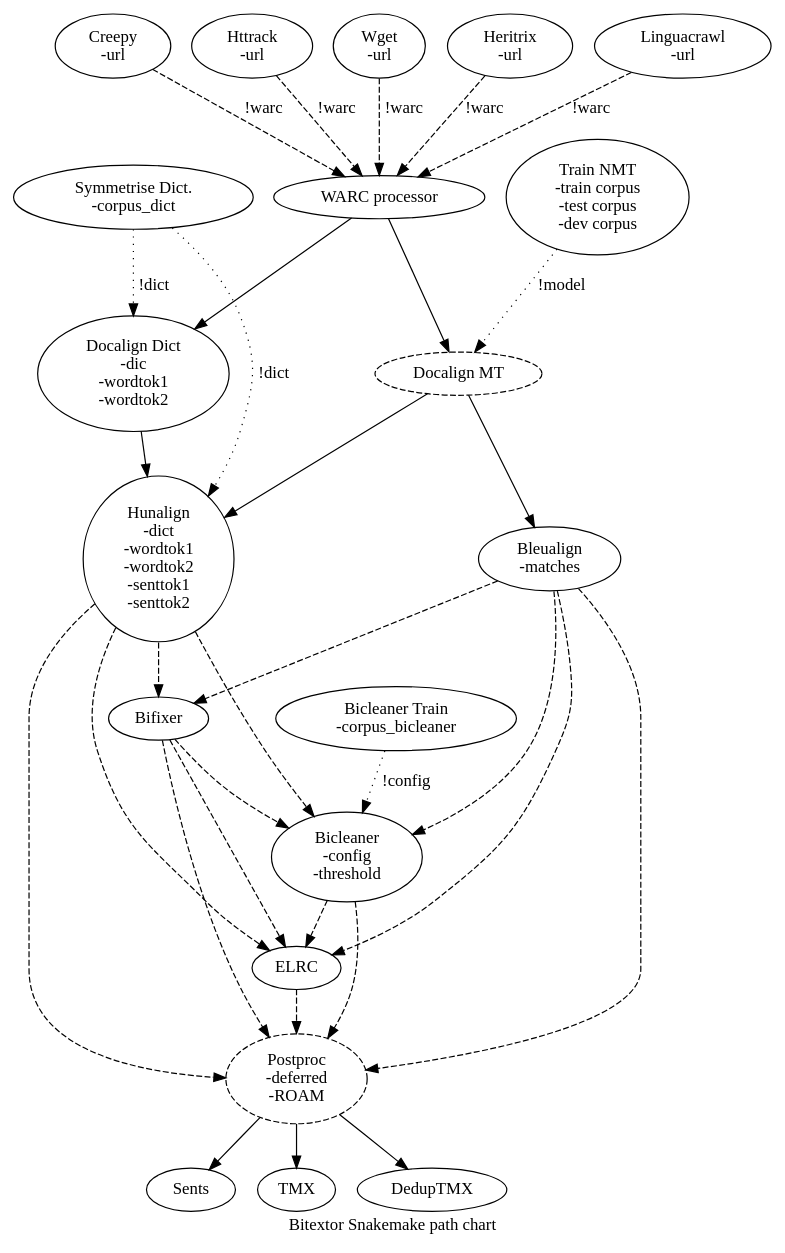
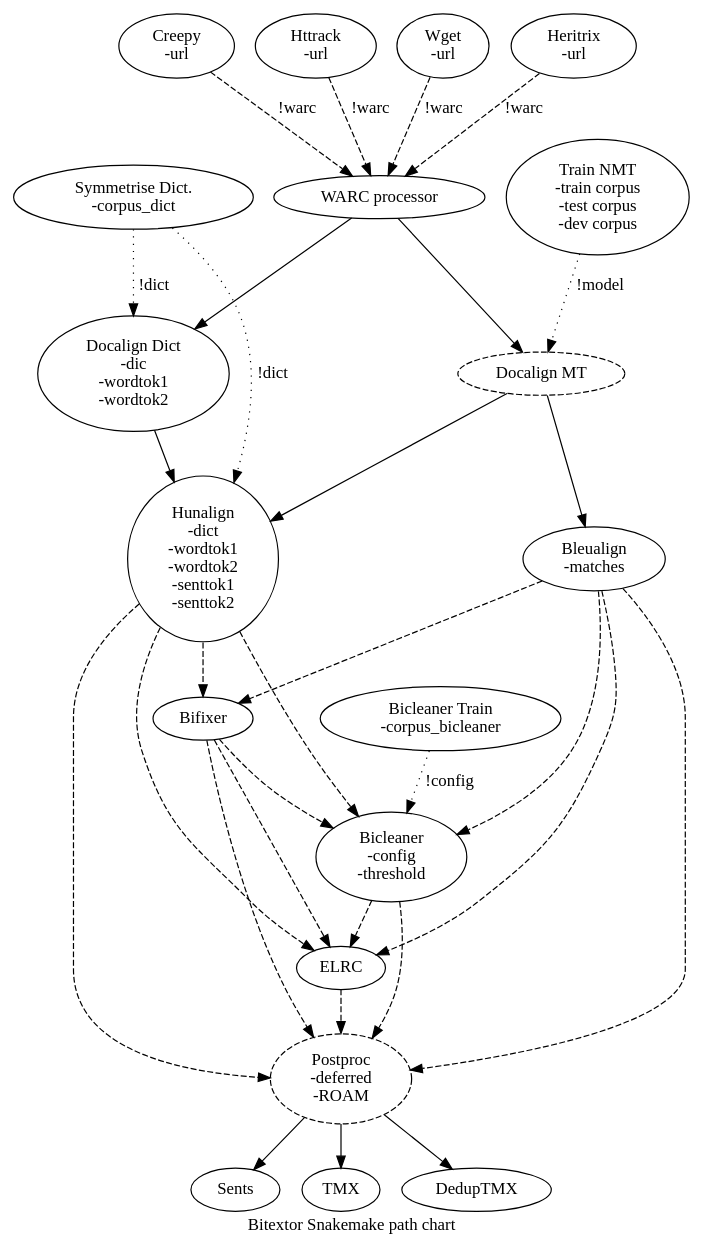
The diagram in docs/img/bitextor-graph.dot (bitextor/bitextor), drawn with Graphviz before and after one commit. The commit also changed 2 other files, not shown here.

Commit message:
Removed references to Linguacrawl in docs

```diff
--- a/docs/img/bitextor-graph.dot
+++ b/docs/img/bitextor-graph.dot
@@ -1,41 +1,40 @@
 digraph Snakemake {
   label="Bitextor Snakemake path chart"
 
   #Nodes
   Creepy [label="Creepy\n-url"]
   Httrack [label="Httrack\n-url"]
   Wget [label="Wget\n-url"]
   Heritrix [label="Heritrix\n-url"]
-  Linguacrawl [label="Linguacrawl\n-url"]
   WARCProcess [label="WARC processor"]
   DocalignDict [label="Docalign Dict\n-dic\n-wordtok1\n-wordtok2"]
   DocalignMT [label="Docalign Custom MT\n-doc_threshold\n-mt_command\n-wordtok1"]
   TrainMT [label="Train NMT\n-train corpus\n-test corpus\n-dev corpus"]
   SymmetriseDic [label="Symmetrise Dict.\n-corpus_dict"]
   DocalignMT [label="Docalign MT", style=dashed]
   Hunalign [label="Hunalign\n-dict\n-wordtok1\n-wordtok2\n-senttok1\n-senttok2"]
   Bleualign [label="Bleualign\n-matches"]
   Bicleaner [label="Bicleaner\n-config\n-threshold"]
   BicleanerTrain [label="Bicleaner Train\n-corpus_bicleaner"]
   ELRC
   Postproc [label="Postproc\n-deferred\n-ROAM", style=dashed]
   Bifixer [style=rounded]
   Sents [style=rounded]
   TMX [style=rounded]
   DedupTMX [style=rounded]
 
   #Relations
-  {Creepy,Httrack,Wget,Heritrix,Linguacrawl} -> WARCProcess [label="!warc", style=dashed]
+  {Creepy,Httrack,Wget,Heritrix} -> WARCProcess [label="!warc", style=dashed]
   WARCProcess -> {DocalignDict,DocalignMT}
   SymmetriseDic -> {DocalignDict,Hunalign} [label="!dict", style=dotted]
   TrainMT -> DocalignMT [label="!model", style=dotted]
   {DocalignDict,DocalignMT} -> Hunalign
   DocalignMT -> Bleualign
   BicleanerTrain -> Bicleaner [label="!config", style=dotted]
   {Hunalign,Bleualign} -> Bifixer [style=dashed]
   {Hunalign,Bleualign,Bifixer} -> Bicleaner [style=dashed]
   {Hunalign,Bleualign,Bifixer,Bicleaner} -> ELRC [style=dashed]
   {Hunalign,Bleualign,Bifixer,Bicleaner,ELRC} -> Postproc [style=dashed]
   Postproc -> {Sents,TMX,DedupTMX}
 
 }
```
